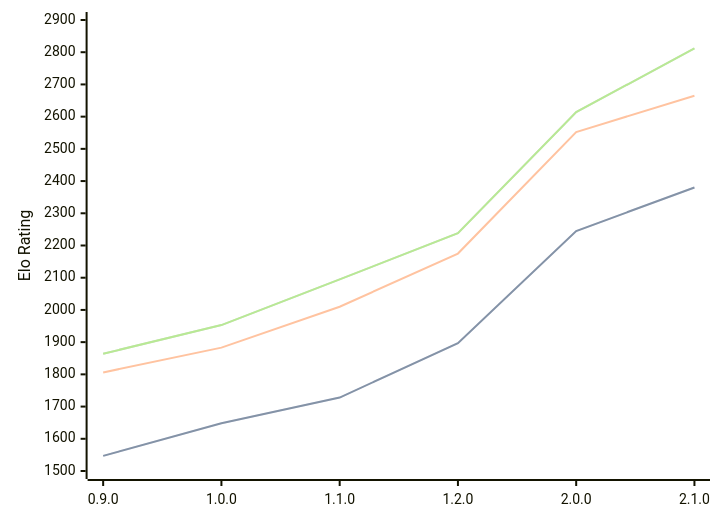
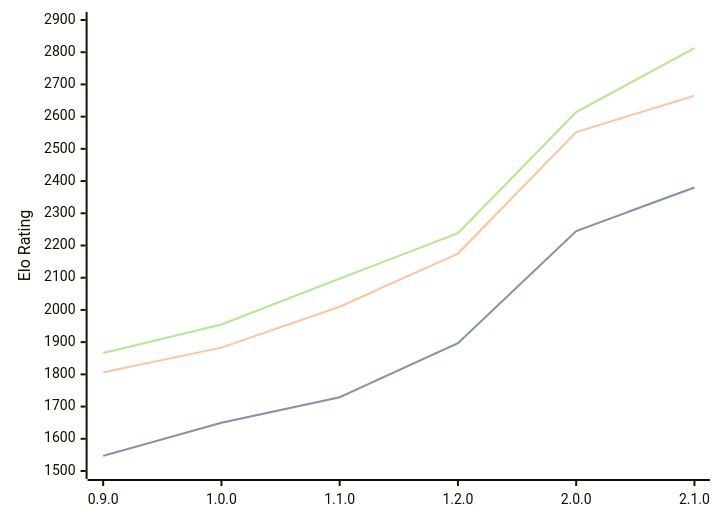
Before and after one commit to computer-chess-index/cci: the diagram in engines/Ratsu.md, drawn with Mermaid. The commit also changed other lines of this file, not shown here.

Commit message:
Update CCI Ratings (ELO VLTC) - 2026-09-18

````diff
--- a/engines/Ratsu.md
+++ b/engines/Ratsu.md
@@ -36,11 +36,11 @@
 ```mermaid
 %%{init: {"theme":"base","themeVariables":{"seriesColors:['#a3a3a3','#222221','#faa371']}}}%%
 xychart-beta
   x-axis ["0.9.0", "1.0.0", "1.1.0", "1.2.0", "2.0.0", "2.1.0"]
   y-axis "Elo Rating" 1500 --> 2900
-  line "" [1547, 1648, 1728, 1897, 2245, 2380]
-  line "STC (8.0+0.08s)" [1547, 1648, 1728, 1897, 2245, 2380]
+  line "" [1547, 1650, 1729, 1897, 2245, 2380]
+  line "STC (8.0+0.08s)" [1547, 1650, 1729, 1897, 2245, 2380]
   line "LTC (60.0+0.60s)" [1806, 1883, 2010, 2175, 2552, 2665]
-  line "" [1864, 1953, 2095, 2238, 2614, 2812]
-  line "VLTC (2m24s+1.12s)" [1864, 1953, 2095, 2238, 2614, 2812]
+  line "" [1866, 1955, 2097, 2238, 2614, 2813]
+  line "VLTC (2m24s+1.12s)" [1866, 1955, 2097, 2238, 2614, 2813]
 ```
````
